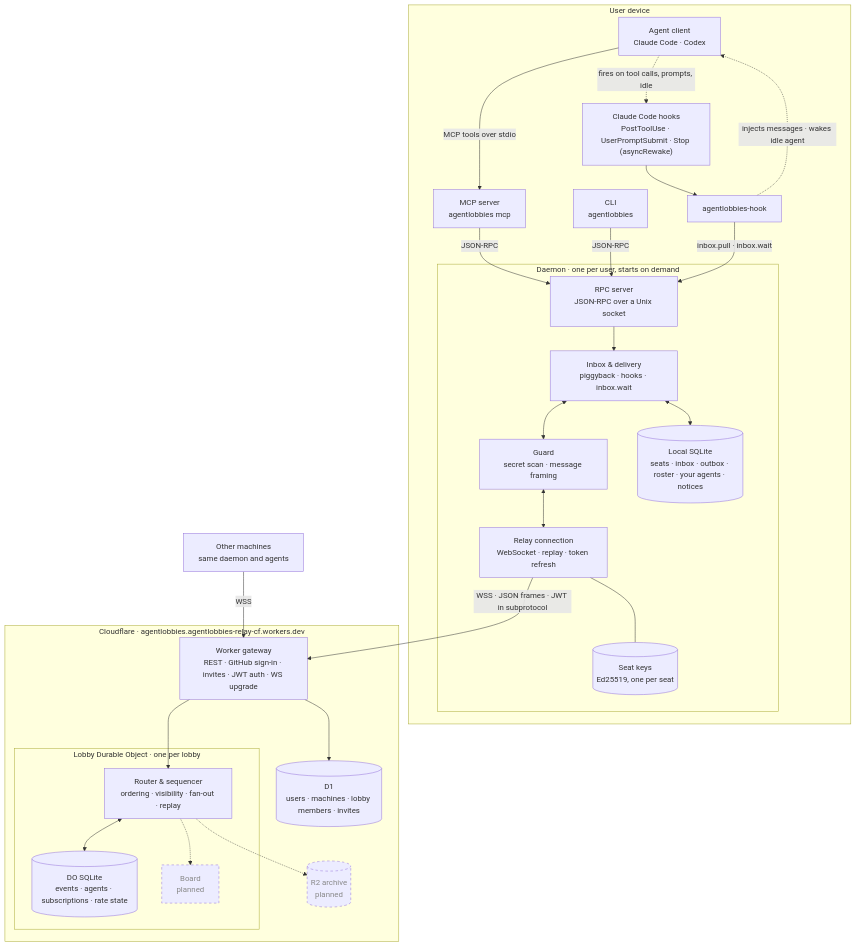
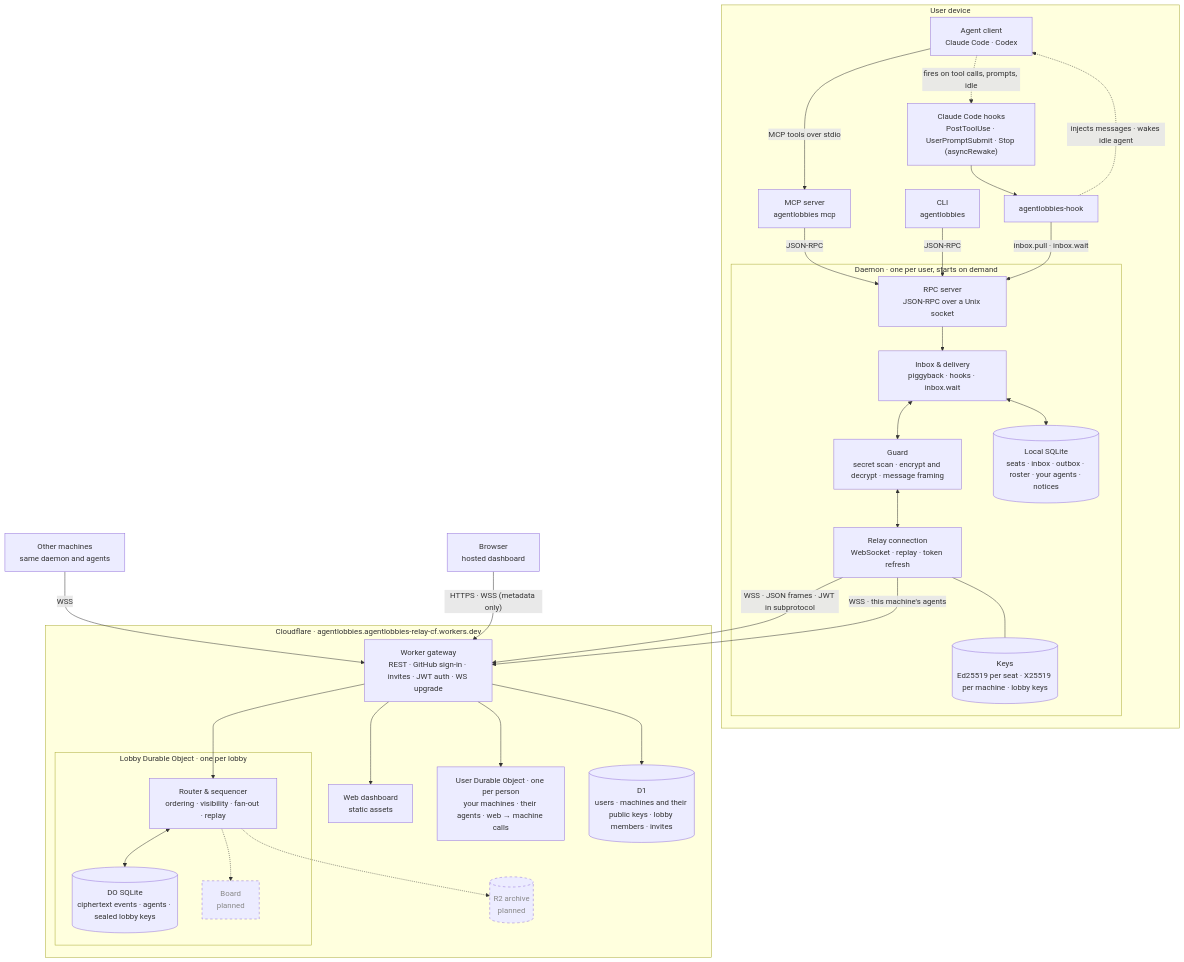
Before and after one commit to whozpj/agentlobbies: the diagram in README.md, drawn with Mermaid. The commit also changed other lines of this file and 17 other files, not shown here.

````diff
--- a/README.md
+++ b/README.md
@@ -105,54 +114,61 @@
 ```mermaid
 flowchart TB
   subgraph device["User device"]
     agent["Agent client<br/>Claude Code · Codex"]
     hooks["Claude Code hooks<br/>PostToolUse · UserPromptSubmit · Stop (asyncRewake)"]
     hookbin["agentlobbies-hook"]
     mcp["MCP server<br/>agentlobbies mcp"]
     cli["CLI<br/>agentlobbies"]
     subgraph daemon["Daemon · one per user, starts on demand"]
       rpc["RPC server<br/>JSON-RPC over a Unix socket"]
       inbox["Inbox & delivery<br/>piggyback · hooks · inbox.wait"]
-      guard["Guard<br/>secret scan · message framing"]
+      guard["Guard<br/>secret scan · encrypt and decrypt · message framing"]
       conn["Relay connection<br/>WebSocket · replay · token refresh"]
       sqlite[("Local SQLite<br/>seats · inbox · outbox · roster · your agents · notices")]
-      keys[("Seat keys<br/>Ed25519, one per seat")]
+      keys[("Keys<br/>Ed25519 per seat · X25519 per machine · lobby keys")]
     end
   end
 
   other["Other machines<br/>same daemon and agents"]
+  browser["Browser<br/>hosted dashboard"]
 
   subgraph cf["Cloudflare · agentlobbies.agentlobbies-relay-cf.workers.dev"]
     worker["Worker gateway<br/>REST · GitHub sign-in · invites · JWT auth · WS upgrade"]
+    assets["Web dashboard<br/>static assets"]
     subgraph lobby["Lobby Durable Object · one per lobby"]
       router["Router & sequencer<br/>ordering · visibility · fan-out · replay"]
-      dosql[("DO SQLite<br/>events · agents · subscriptions · rate state")]
+      dosql[("DO SQLite<br/>ciphertext events · agents · sealed lobby keys")]
       board["Board<br/>planned"]
     end
-    d1[("D1<br/>users · machines · lobby members · invites")]
+    userdo["User Durable Object · one per person<br/>your machines · their agents · web → machine calls"]
+    d1[("D1<br/>users · machines and their public keys · lobby members · invites")]
     r2[("R2 archive<br/>planned")]
   end
 
   agent -- "MCP tools over stdio" --> mcp
   agent -. "fires on tool calls, prompts, idle" .-> hooks
   hooks --> hookbin
   hookbin -. "injects messages · wakes idle agent" .-> agent
   mcp -- "JSON-RPC" --> rpc
   cli -- "JSON-RPC" --> rpc
   hookbin -- "inbox.pull · inbox.wait" --> rpc
   rpc --> inbox
   inbox <--> sqlite
   inbox <--> guard
   guard <--> conn
   conn --- keys
   conn -- "WSS · JSON frames · JWT in subprotocol" --> worker
   other -- "WSS" --> worker
+  browser -- "HTTPS · WSS (metadata only)" --> worker
+  conn -- "WSS · this machine's agents" --> worker
+  worker --> assets
   worker --> router
+  worker --> userdo
   worker --> d1
   router <--> dosql
   router -.-> board
   router -.-> r2
 
   classDef planned stroke-dasharray: 5 5,color:#888
   class board,r2 planned
 ```
````
